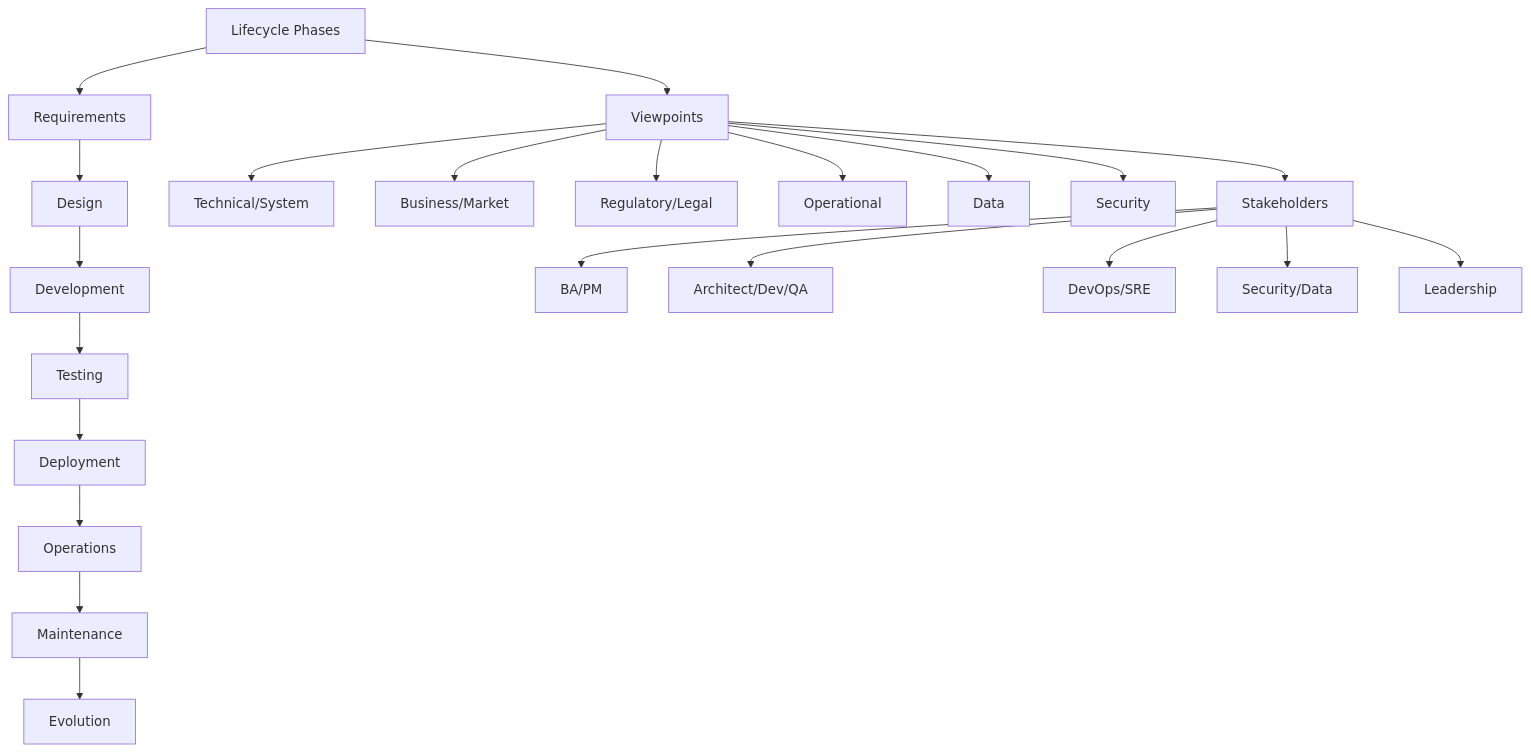
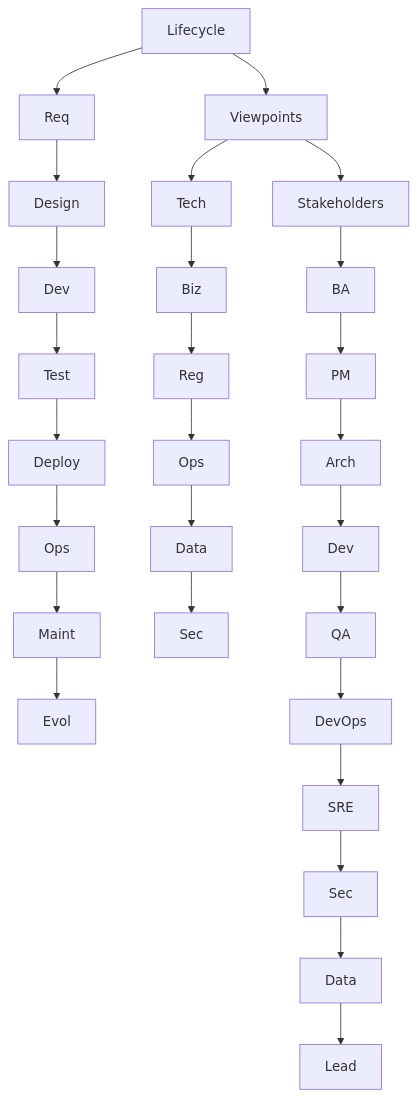
The first of 3 diagrams in Prompts/Career/CaseStudy/QA.md (ljg-cqu/knowledge), drawn with Mermaid before and after one commit. The commit also changed other lines of this file and 17 other files, not shown here.

````diff
--- a/Prompts/Career/CaseStudy/QA.md
+++ b/Prompts/Career/CaseStudy/QA.md
@@ -28,27 +28,7 @@
 ```mermaid
 graph TD
-    A[Lifecycle Phases] --> B[Requirements]
-    B --> C[Design]
-    C --> D[Development]
-    D --> E[Testing]
-    E --> F[Deployment]
-    F --> G[Operations]
-    G --> H[Maintenance]
-    H --> I[Evolution]
-
-    J[Viewpoints] --> K[Technical/System]
-    J --> L[Business/Market]
-    J --> M[Regulatory/Legal]
-    J --> N[Operational]
-    J --> O[Data]
-    J --> P[Security]
-
-    Q[Stakeholders] --> R[BA/PM]
-    Q --> S[Architect/Dev/QA]
-    Q --> T[DevOps/SRE]
-    Q --> U[Security/Data]
-    Q --> V[Leadership]
-
-    A --> J
-    J --> Q
+    A[Lifecycle] --> B[Req] --> C[Design] --> D[Dev] --> E[Test] --> F[Deploy] --> G[Ops] --> H[Maint] --> I[Evol]
+    J[Viewpoints] --> K[Tech] --> L[Biz] --> M[Reg] --> N[Ops] --> O[Data] --> P[Sec]
+    Q[Stakeholders] --> R[BA] --> S[PM] --> T[Arch] --> U[Dev] --> V[QA] --> W[DevOps] --> X[SRE] --> Y[Sec] --> Z[Data] --> AA[Lead]
+    A --> J --> Q
 ```
````
